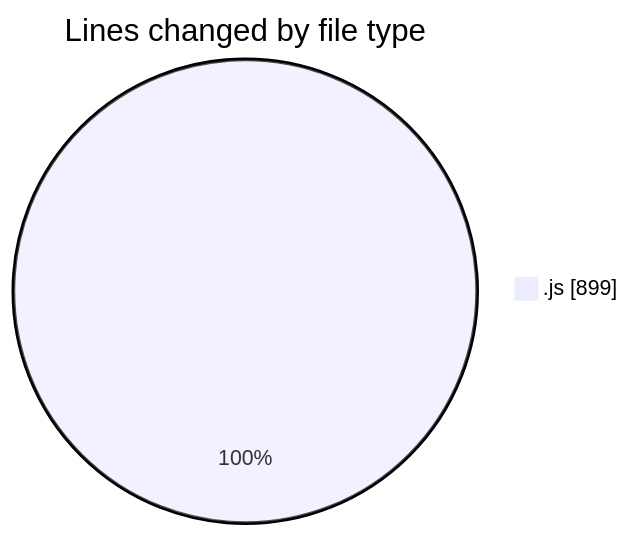
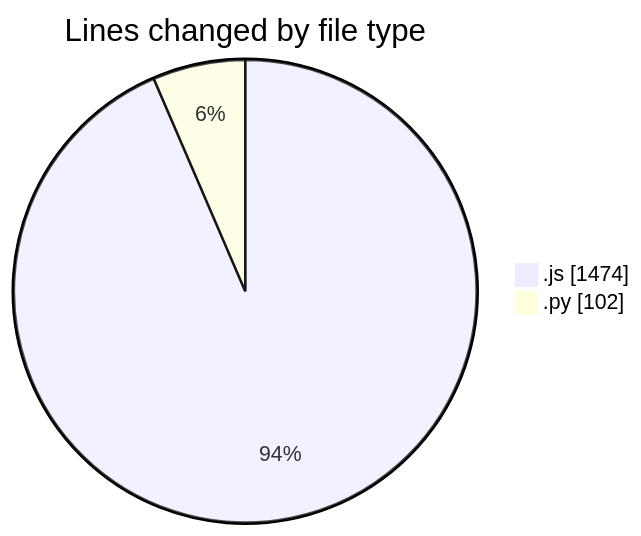
Before and after one commit to nxtqubesakshisongat/code-tracking: the first of 2 diagrams in 2025-04-16/nxtqube_webapp/README.md, drawn with Mermaid. The commit also changed other lines of this file and 1 other file, not shown here.

````diff
--- a/2025-04-16/nxtqube_webapp/README.md
+++ b/2025-04-16/nxtqube_webapp/README.md
@@ -21,5 +22,6 @@
 ```mermaid
 pie showData
 title Lines changed by file type
-".js" : 899
+".js" : 1474
+".py" : 102
 ```
````
